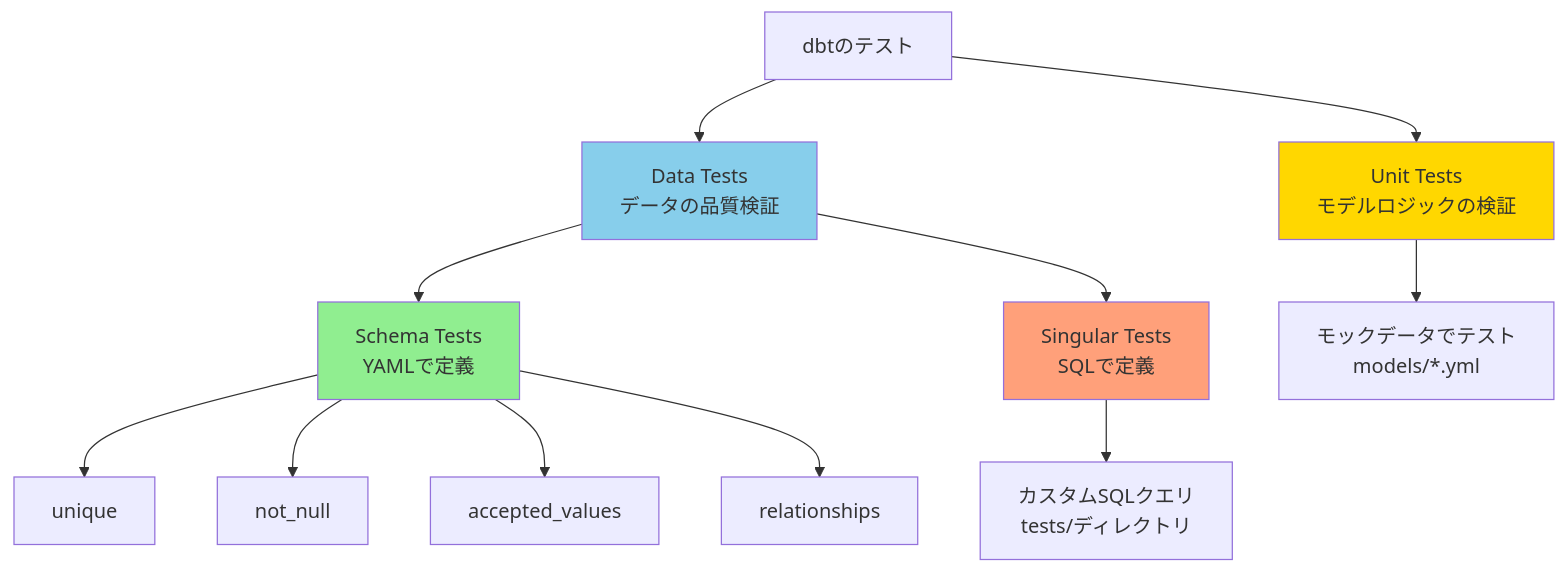
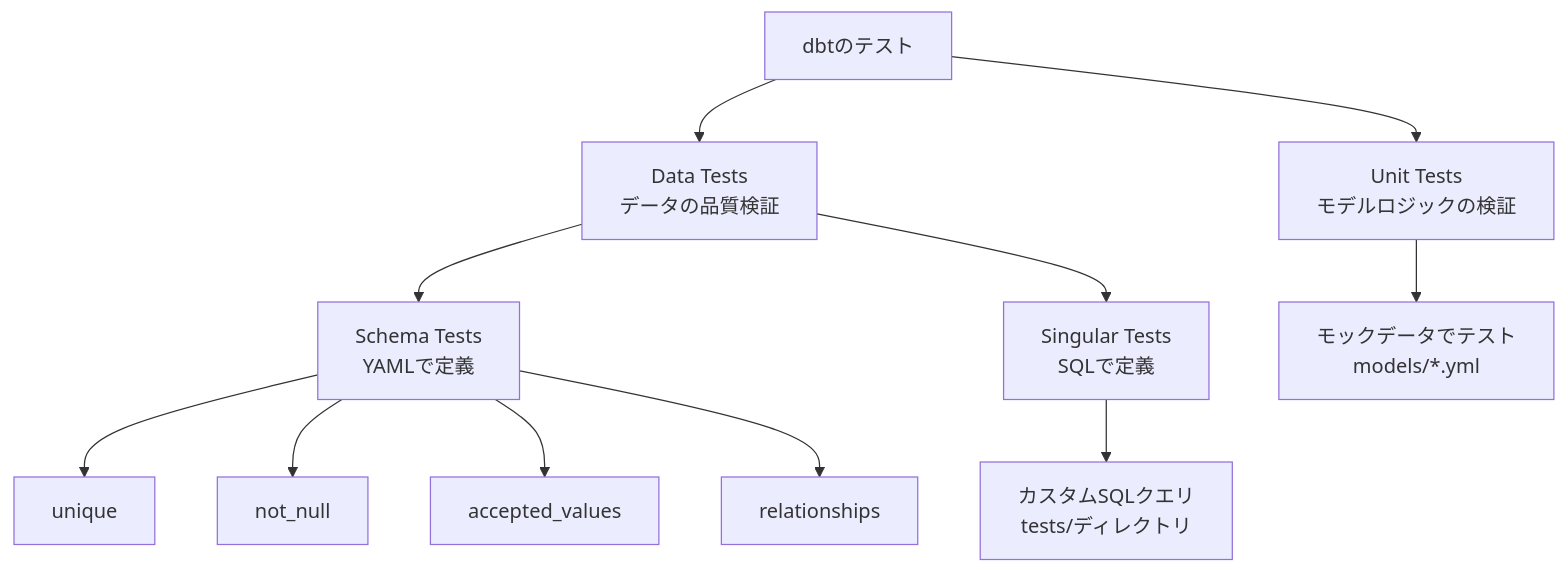
One commit to 1210yuichi0/1210yuichi0.github.io changed the first of 8 diagrams in content/Tech/dbt/categories/testing-config.md. Above: the diagram before and after it, drawn with Mermaid. The commit also changed other lines of this file and 22 other files, not shown here.

First line of the commit message:
style: remove Mermaid style directives for dark mode compatibility

````diff
--- a/content/Tech/dbt/categories/testing-config.md
+++ b/content/Tech/dbt/categories/testing-config.md
@@ -170,22 +170,18 @@
 ```mermaid
 flowchart TD
     Tests[dbtのテスト] --> DataTests[Data Tests<br/>データの品質検証]
     Tests --> UnitTests[Unit Tests<br/>モデルロジックの検証]
 
     DataTests --> SchemaTests[Schema Tests<br/>YAMLで定義]
     DataTests --> SingularTests[Singular Tests<br/>SQLで定義]
 
     SchemaTests --> ST1[unique]
     SchemaTests --> ST2[not_null]
     SchemaTests --> ST3[accepted_values]
     SchemaTests --> ST4[relationships]
 
     SingularTests --> Singular1[カスタムSQLクエリ<br/>tests/ディレクトリ]
 
     UnitTests --> UT1[モックデータでテスト<br/>models/*.yml]
 
-    style DataTests fill:#87CEEB
-    style UnitTests fill:#FFD700
-    style SchemaTests fill:#90EE90
-    style SingularTests fill:#FFA07A
 ```
````
